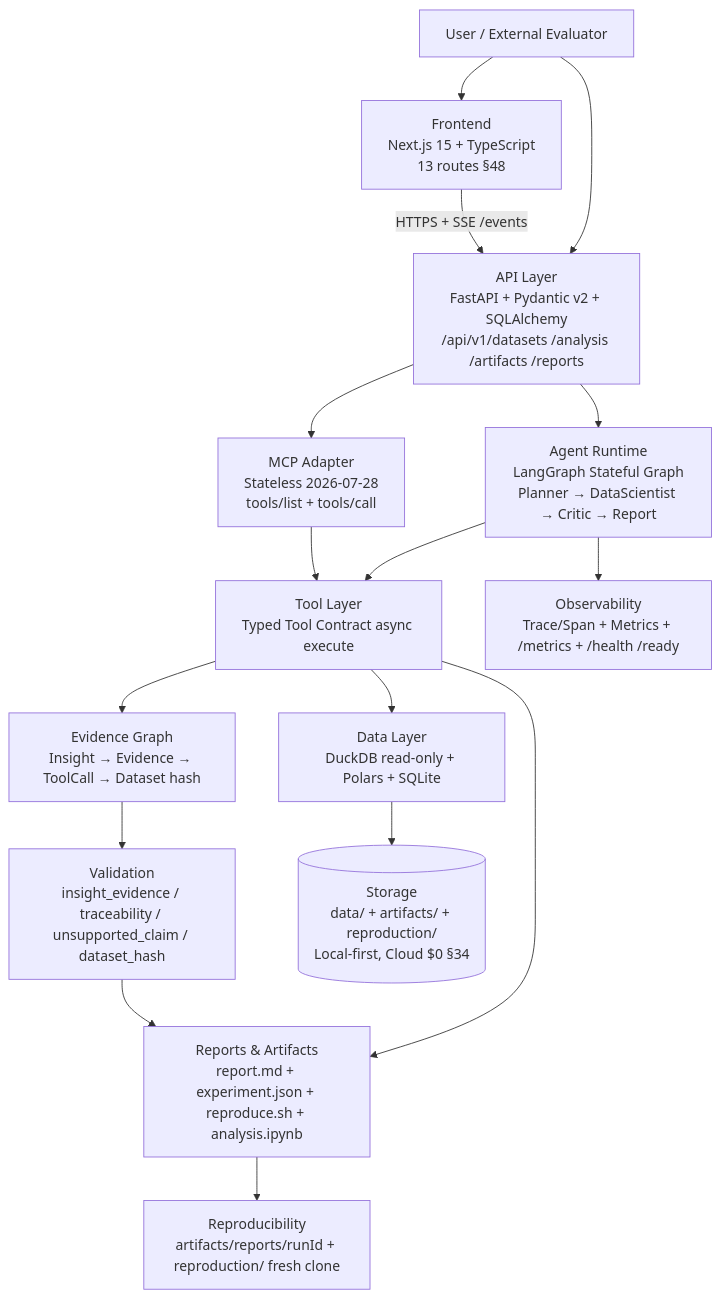
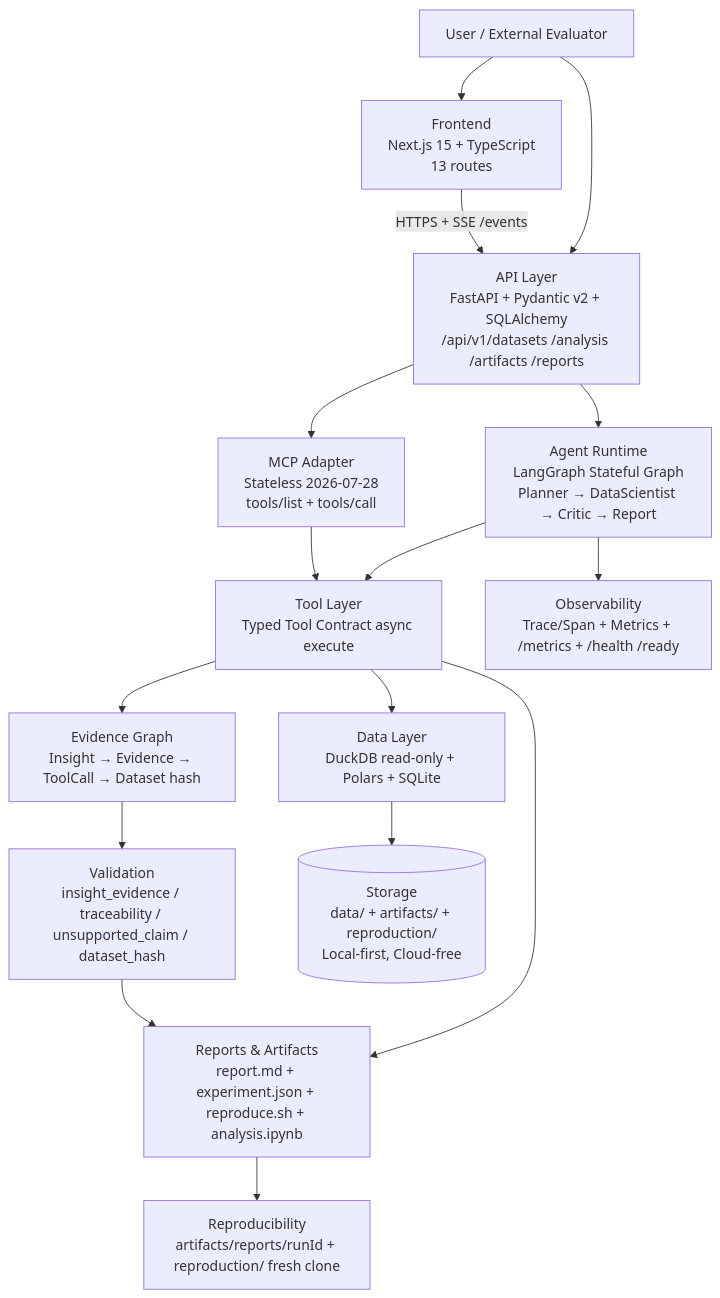
One commit to Jackxiaozhiren/data-science-agent changed the first of 7 diagrams in docs/architecture.md. Above: the diagram before and after it, drawn with Mermaid. The commit also changed other lines of this file and 10 other files, not shown here.

````diff
--- a/docs/architecture.md
+++ b/docs/architecture.md
@@ -9,18 +9,18 @@
 ```mermaid
 flowchart TB
-    U[User / External Evaluator] --> WEB[Frontend<br/>Next.js 15 + TypeScript<br/>13 routes §48]
+    U[User / External Evaluator] --> WEB[Frontend<br/>Next.js 15 + TypeScript<br/>13 routes]
     U --> API[API Layer<br/>FastAPI + Pydantic v2 + SQLAlchemy<br/>/api/v1/datasets /analysis /artifacts /reports]
     WEB -->|HTTPS + SSE /events| API
     API --> G[Agent Runtime<br/>LangGraph Stateful Graph<br/>Planner → DataScientist → Critic → Report]
     G --> TL[Tool Layer<br/>Typed Tool Contract async execute]
     TL --> DL[Data Layer<br/>DuckDB read-only + Polars + SQLite]
     TL --> EL[Evidence Graph<br/>Insight → Evidence → ToolCall → Dataset hash]
     TL --> RL[Reports & Artifacts<br/>report.md + experiment.json + reproduce.sh + analysis.ipynb]
     G --> OBS[Observability<br/>Trace/Span + Metrics + /metrics + /health /ready]
     EL --> VAL[Validation<br/>insight_evidence / traceability / unsupported_claim / dataset_hash]
     VAL --> RL
     RL --> REP[Reproducibility<br/>artifacts/reports/runId + reproduction/ fresh clone]
     API --> MCP[MCP Adapter<br/>Stateless 2026-07-28<br/>tools/list + tools/call]
     MCP --> TL
-    DL --> STORE[(Storage<br/>data/ + artifacts/ + reproduction/<br/>Local-first, Cloud $0 §34)]
+    DL --> STORE[(Storage<br/>data/ + artifacts/ + reproduction/<br/>Local-first, Cloud-free)]
 ```
````
